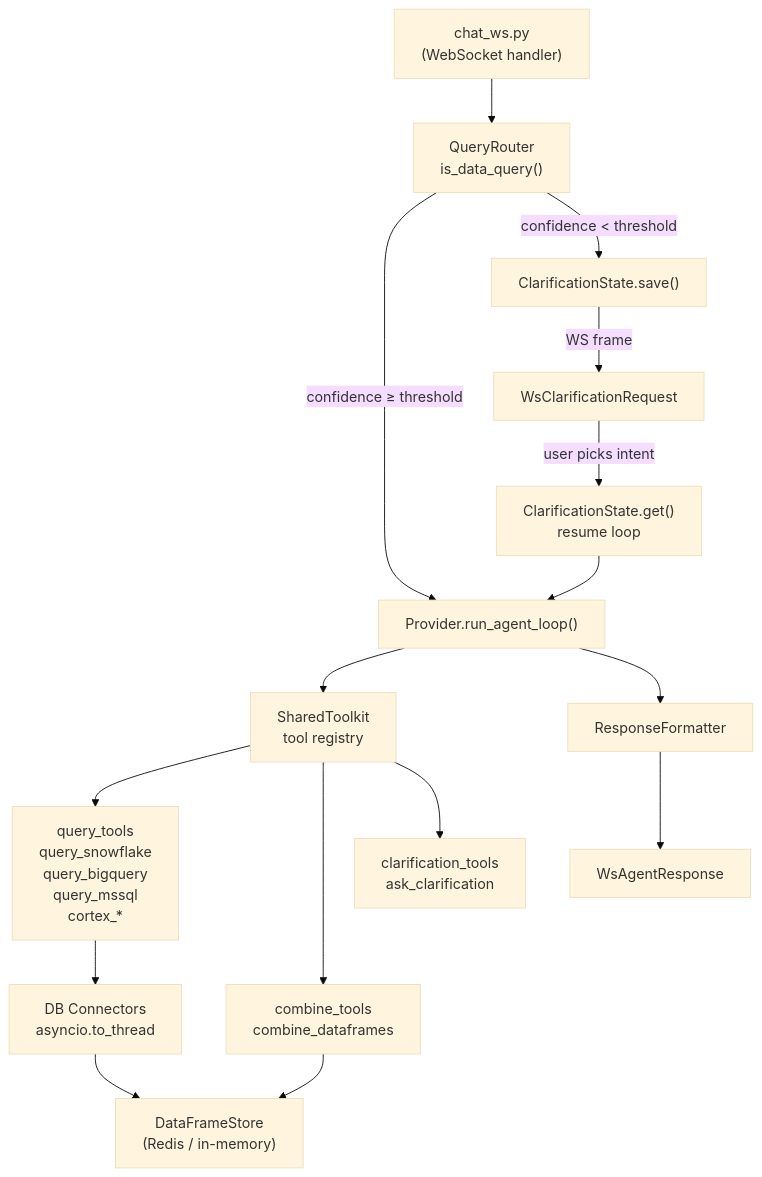
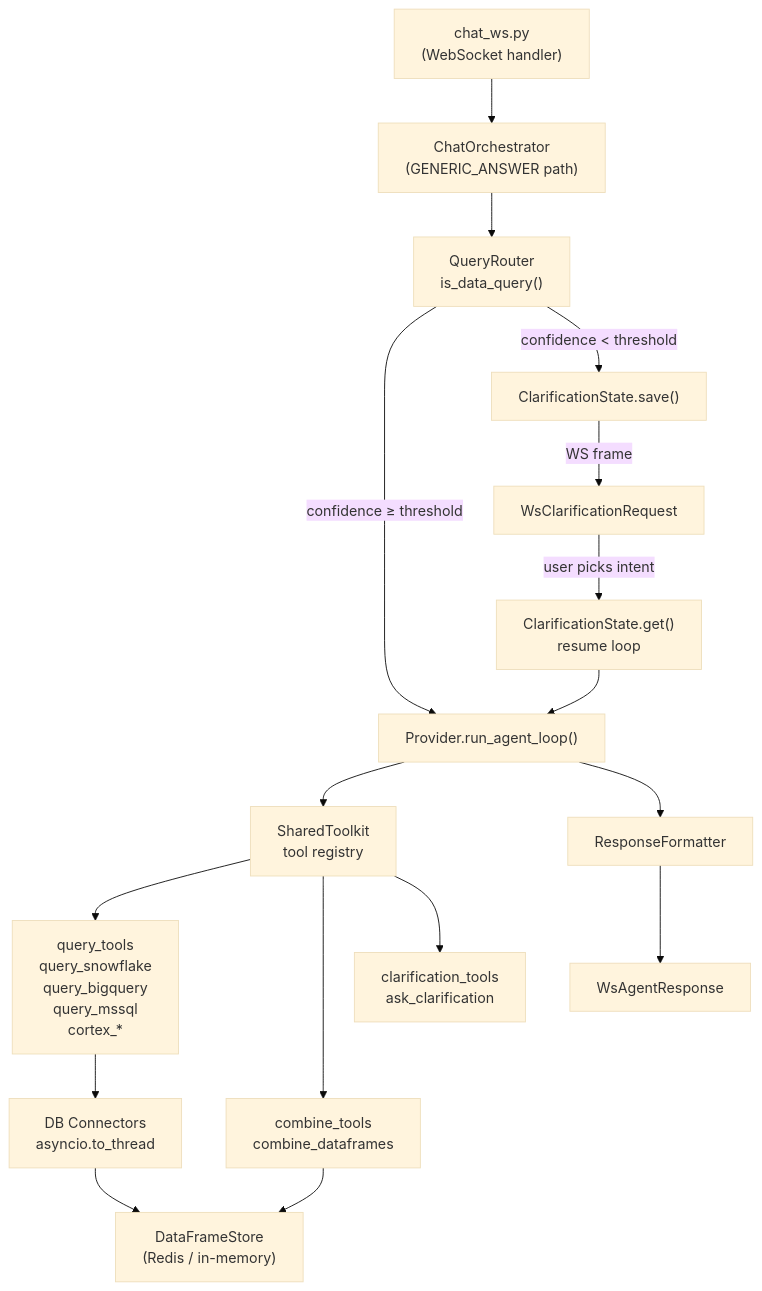
The fifth of 13 diagrams in chatbot/docs/ARCHITECTURE.md (LeonardLooi/database_agent), drawn with Mermaid (base theme) before and after one commit. The commit also changed other lines of this file and 1 other file, not shown here.

````diff
--- a/chatbot/docs/ARCHITECTURE.md
+++ b/chatbot/docs/ARCHITECTURE.md
@@ -227,21 +371,22 @@
 ```mermaid
 flowchart TD
-    WS["chat_ws.py\n(WebSocket handler)"] --> QR["QueryRouter\nis_data_query()"]
+    WS["chat_ws.py\n(WebSocket handler)"] --> CO["ChatOrchestrator\n(GENERIC_ANSWER path)"]
+    CO --> QR["QueryRouter\nis_data_query()"]
     QR -->|confidence ≥ threshold| Loop["Provider.run_agent_loop()"]
     QR -->|confidence < threshold| CS["ClarificationState.save()"]
     CS -->|WS frame| Client["WsClarificationRequest"]
     Client -->|user picks intent| Resume["ClarificationState.get()\nresume loop"]
     Resume --> Loop
 
     Loop --> ST["SharedToolkit\ntool registry"]
     ST --> QT["query_tools\nquery_snowflake\nquery_bigquery\nquery_mssql\ncortex_*"]
     ST --> CT["combine_tools\ncombine_dataframes"]
     ST --> Clar["clarification_tools\nask_clarification"]
 
     QT --> Conn["DB Connectors\nasyncio.to_thread"]
     Conn --> DF["DataFrameStore\n(Redis / in-memory)"]
     CT --> DF
 
     Loop --> RF["ResponseFormatter"]
     RF --> WsResp["WsAgentResponse"]
 ```
````
